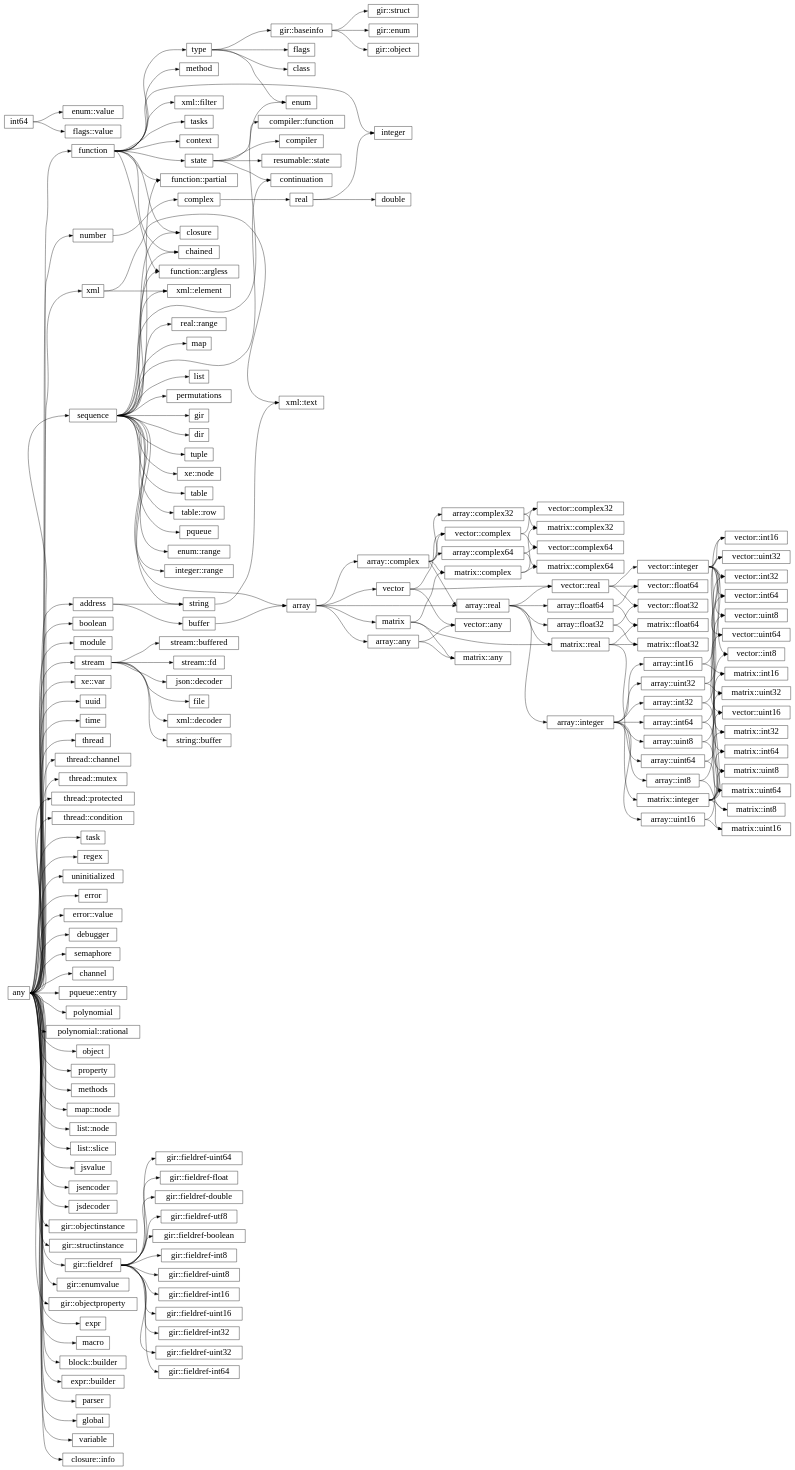
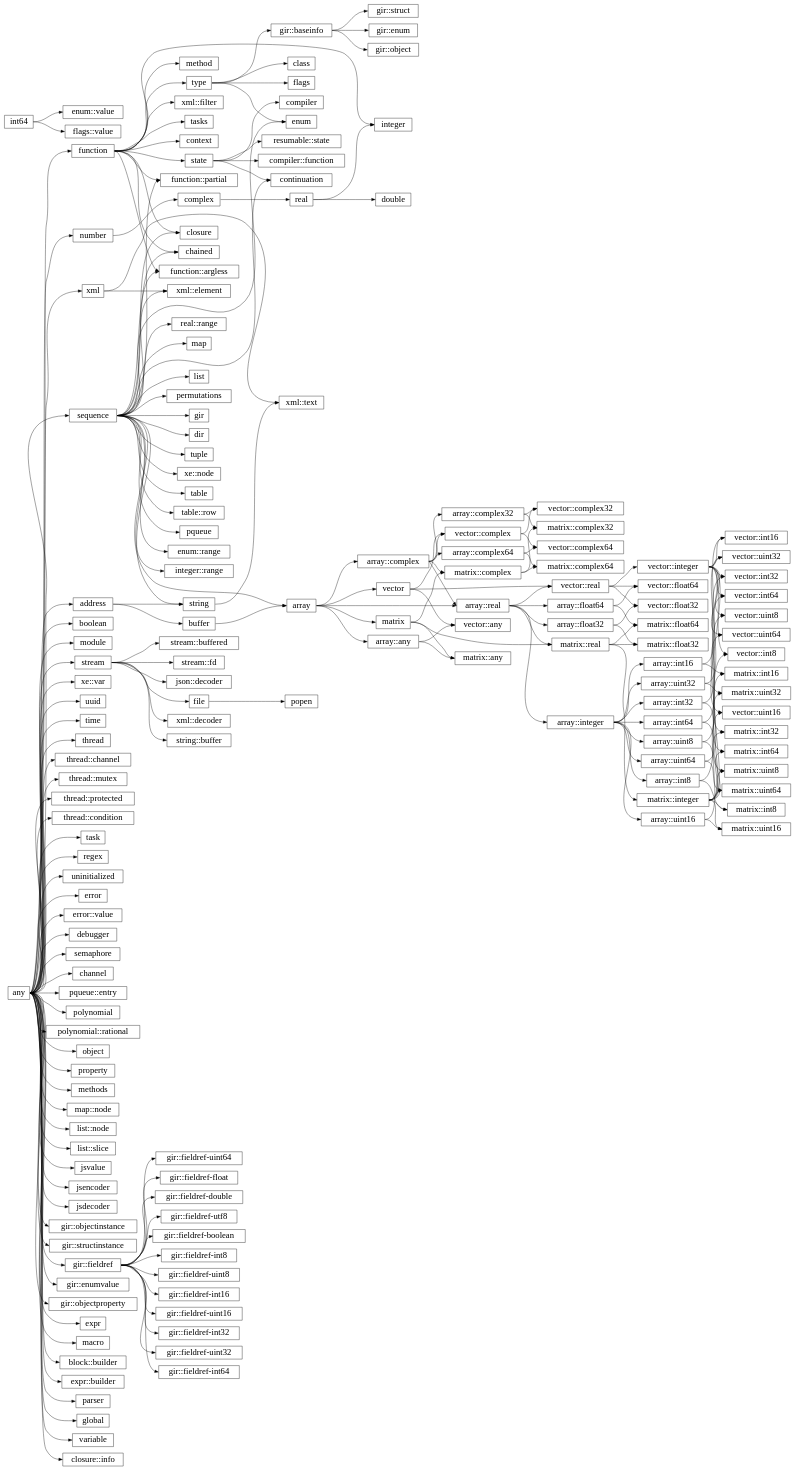
One commit to wrapl/minilang changed the diagram in docs/library/hierarchy.rst. Above: the diagram before and after it, drawn with Graphviz. The commit also changed 25 other files, not shown here.

```diff
--- a/docs/library/hierarchy.rst
+++ b/docs/library/hierarchy.rst
@@ -119,6 +119,7 @@
       "any":e -> "gir::objectproperty":w;
       "stream":e -> "file":w;
       "sequence":e -> "dir":w;
+      "file":e -> "popen":w;
       "state":e -> "compiler::function":w;
       "any":e -> "expr":w;
       "any":e -> "macro":w;
```
